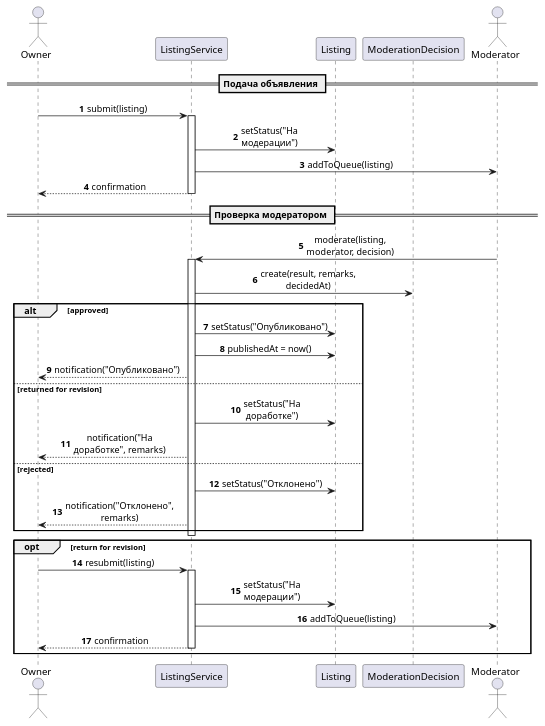
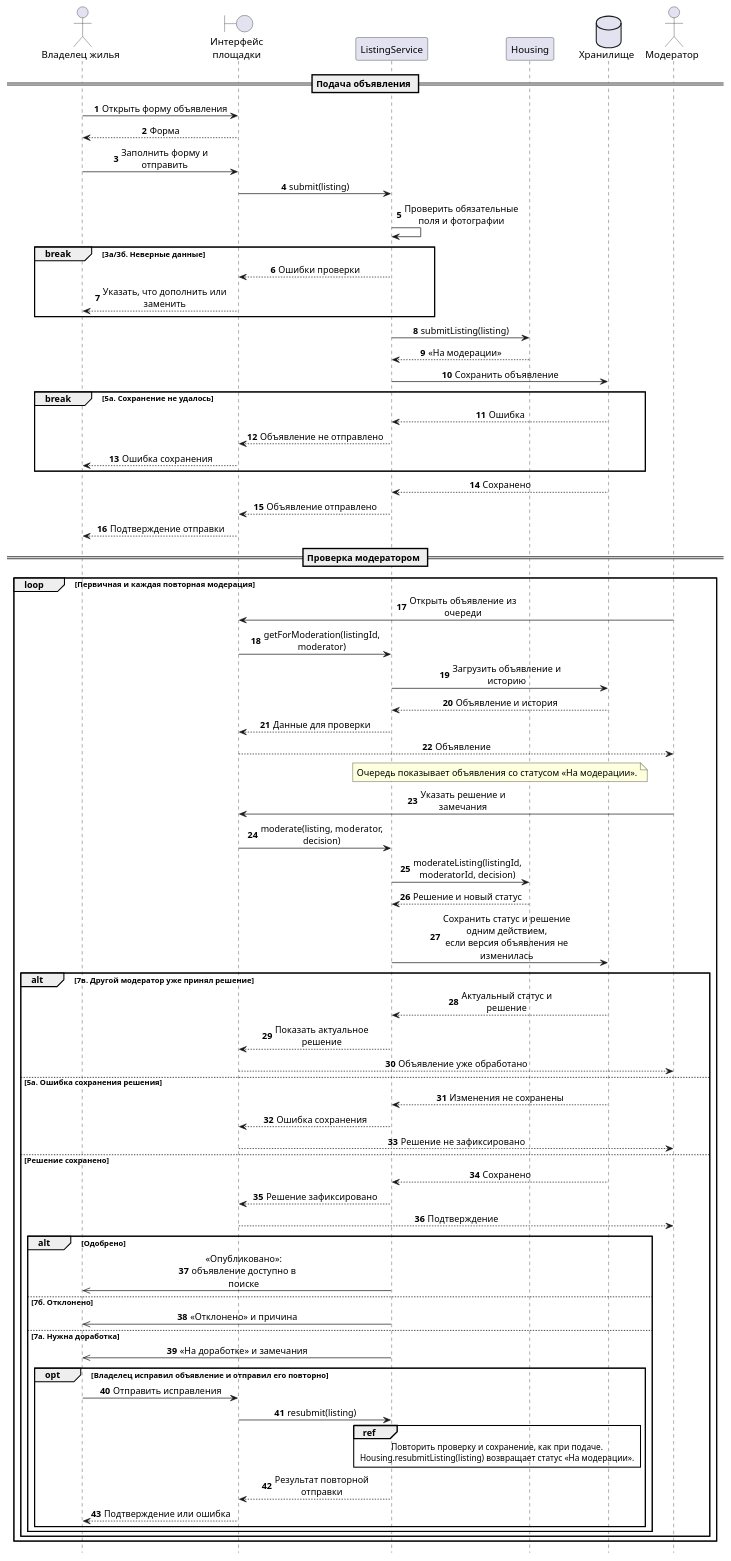
The diagram in ДиаграммыПоследовательностей/01-Размещение-и-модерация.md (penamarth/bsbo-10-24_team1_var8_rentagency), drawn with PlantUML before and after one commit. The commit also changed other lines of this file and 11 other files, not shown here.

Commit message:
docs: complete rental agency sequence diagrams

````diff
--- a/ДиаграммыПоследовательностей/01-Размещение-и-модерация.md
+++ b/ДиаграммыПоследовательностей/01-Размещение-и-модерация.md
@@ -5,53 +10,88 @@
 ```plantuml
 @startuml
 skinparam sequenceMessageAlign center
-skinparam maxMessageSize 160
+skinparam maxMessageSize 190
+hide footbox
 autonumber
 
-actor Owner
+actor "Владелец жилья" as Owner
+boundary "Интерфейс\nплощадки" as UI
 participant ListingService
-participant Listing
-participant ModerationDecision
-actor Moderator
+participant Housing
+database "Хранилище" as Store
+actor "Модератор" as Moderator
 
 == Подача объявления ==
 
-Owner -> ListingService: submit(listing)
-activate ListingService
-ListingService -> Listing: setStatus("На модерации")
-ListingService -> Moderator: addToQueue(listing)
-ListingService --> Owner: confirmation
-deactivate ListingService
+Owner -> UI: Открыть форму объявления
+UI --> Owner: Форма
+Owner -> UI: Заполнить форму и отправить
+UI -> ListingService: submit(listing)
+ListingService -> ListingService: Проверить обязательные поля и фотографии
+break 3а/3б. Неверные данные
+  ListingService --> UI: Ошибки проверки
+  UI --> Owner: Указать, что дополнить или заменить
+end
+ListingService -> Housing: submitListing(listing)
+Housing --> ListingService: «На модерации»
+ListingService -> Store: Сохранить объявление
+break 5а. Сохранение не удалось
+  Store --> ListingService: Ошибка
+  ListingService --> UI: Объявление не отправлено
+  UI --> Owner: Ошибка сохранения
+end
+Store --> ListingService: Сохранено
+ListingService --> UI: Объявление отправлено
+UI --> Owner: Подтверждение отправки
 
 == Проверка модератором ==
 
-Moderator -> ListingService: moderate(listing, moderator, decision)
-activate ListingService
-ListingService -> ModerationDecision: create(result, remarks, decidedAt)
+loop Первичная и каждая повторная модерация
+  Moderator -> UI: Открыть объявление из очереди
+  UI -> ListingService: getForModeration(listingId, moderator)
+  ListingService -> Store: Загрузить объявление и историю
+  Store --> ListingService: Объявление и история
+  ListingService --> UI: Данные для проверки
+  UI --> Moderator: Объявление
+  note over ListingService, Store
+    Очередь показывает объявления со статусом «На модерации».
+  end note
 
-alt approved
-  ListingService -> Listing: setStatus("Опубликовано")
-  ListingService -> Listing: publishedAt = now()
-  ListingService --> Owner: notification("Опубликовано")
-else returned for revision
-  ListingService -> Listing: setStatus("На доработке")
-  ListingService --> Owner: notification("На доработке", remarks)
-else rejected
-  ListingService -> Listing: setStatus("Отклонено")
-  ListingService --> Owner: notification("Отклонено", remarks)
+  Moderator -> UI: Указать решение и замечания
+  UI -> ListingService: moderate(listing, moderator, decision)
+  ListingService -> Housing: moderateListing(listingId, moderatorId, decision)
+  Housing --> ListingService: Решение и новый статус
+  ListingService -> Store: Сохранить статус и решение одним действием,\nесли версия объявления не изменилась
+  alt 7в. Другой модератор уже принял решение
+    Store --> ListingService: Актуальный статус и решение
+    ListingService --> UI: Показать актуальное решение
+    UI --> Moderator: Объявление уже обработано
+  else 5а. Ошибка сохранения решения
+    Store --> ListingService: Изменения не сохранены
+    ListingService --> UI: Ошибка сохранения
+    UI --> Moderator: Решение не зафиксировано
+  else Решение сохранено
+    Store --> ListingService: Сохранено
+    ListingService --> UI: Решение зафиксировано
+    UI --> Moderator: Подтверждение
+    alt Одобрено
+      ListingService ->> Owner: «Опубликовано»: объявление доступно в поиске
+    else 7б. Отклонено
+      ListingService ->> Owner: «Отклонено» и причина
+    else 7а. Нужна доработка
+      ListingService ->> Owner: «На доработке» и замечания
+      opt Владелец исправил объявление и отправил его повторно
+        Owner -> UI: Отправить исправления
+        UI -> ListingService: resubmit(listing)
+        ref over ListingService, Store
+          Повторить проверку и сохранение, как при подаче.
+          Housing.resubmitListing(listing) возвращает статус «На модерации».
+        end ref
+        ListingService --> UI: Результат повторной отправки
+        UI --> Owner: Подтверждение или ошибка
+      end
+    end
+  end
 end
-deactivate ListingService
-
-opt return for revision
-
-Owner -> ListingService: resubmit(listing)
-activate ListingService
-ListingService -> Listing: setStatus("На модерации")
-ListingService -> Moderator: addToQueue(listing)
-ListingService --> Owner: confirmation
-deactivate ListingService
-
-end
-
 @enduml
 ```
````
